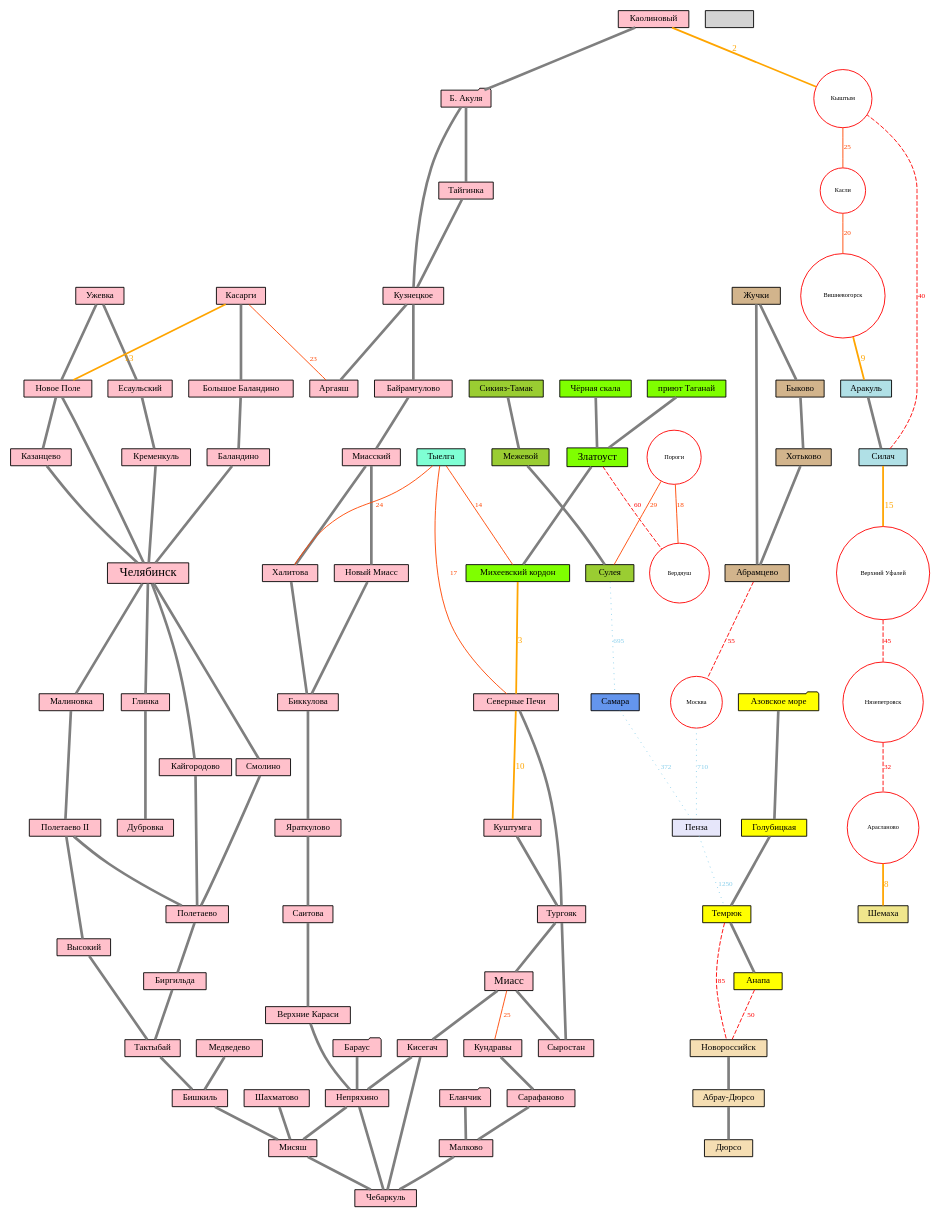
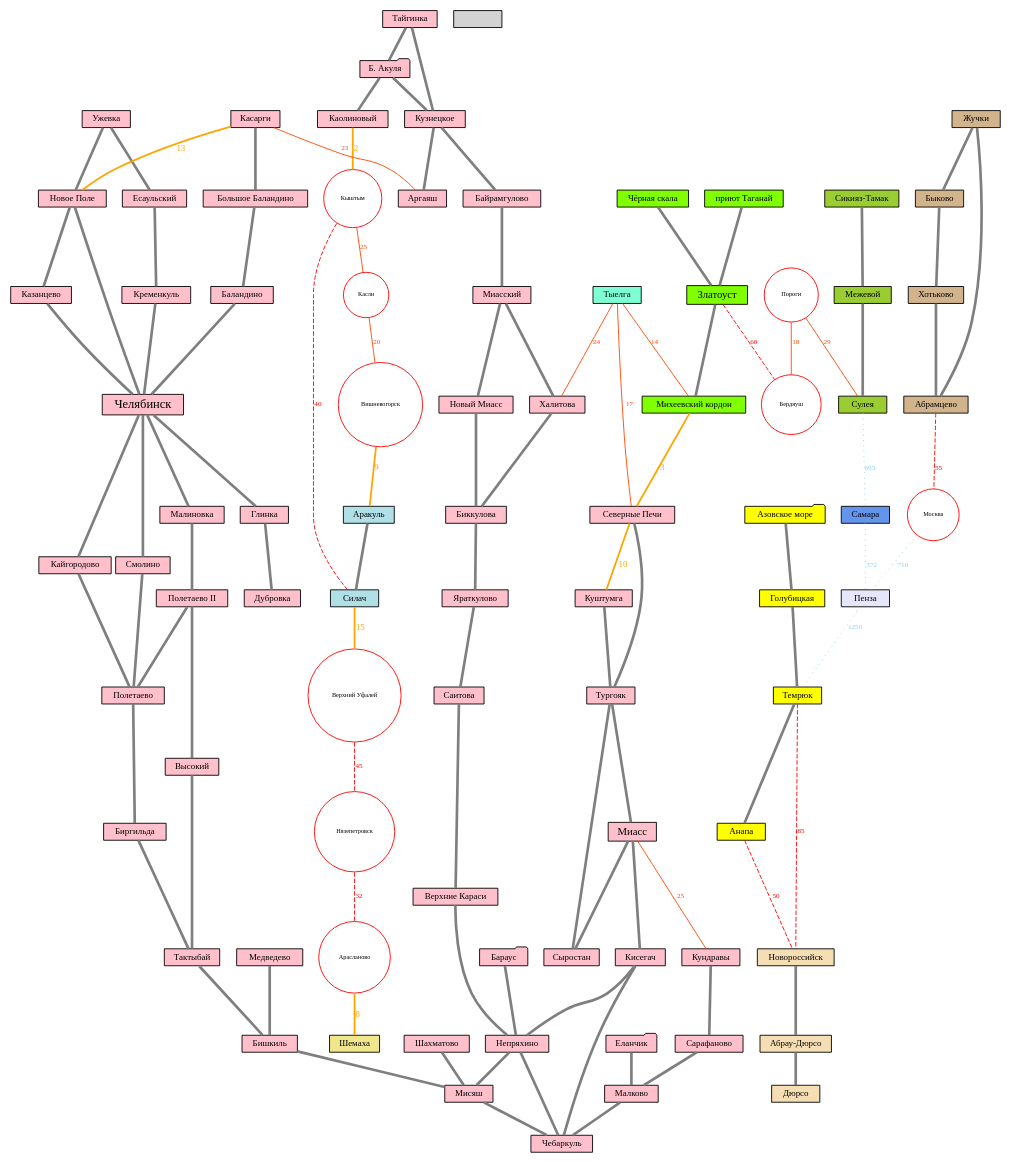
One commit to shoorick/bike-area changed the diagram in bike-area.dot. Above: the diagram before and after it, drawn with Graphviz. The commit also changed 2 other files, not shown here.

```diff
--- a/bike-area.dot
+++ b/bike-area.dot
@@ -1,153 +1,154 @@
 graph G {
     node [ shape=box, fontsize=10, fontname="Droid Sans", style=filled, height=0.2 ]
     edge [ color=gray50, penwidth=3, fontname="Droid Sans" ]
     graph [ overlap=false ]
 
     subgraph main {
         node [ fillcolor=pink ]
         Челябинск [ fontsize=14 ]
 
         "Б. Акуля" [ shape=folder ]
         "Бараус"   [ shape=folder ]
         "Еланчик"  [ shape=folder ]
 
         Миасс [ fontsize=12 ]
         Челябинск -- Смолино -- Полетаево -- Биргильда -- Тактыбай -- Бишкиль -- Мисяш -- Чебаркуль
         Миасс -- Кисегач -- Чебаркуль
         Кисегач -- Непряхино -- Мисяш
         Шахматово -- Мисяш
         Медведево -- Бишкиль
         Челябинск -- Малиновка -- "Полетаево II" -- Высокий -- Тактыбай
         "Полетаево II" -- Полетаево
-        Каолиновый -- "Б. Акуля" -- Кузнецкое -- Байрамгулово -- Миасский -- "Новый Миасс" -- Биккулова -- Яраткулово -- Саитова -- "Верхние Караси" -- Непряхино
+        "Б. Акуля" -- Кузнецкое -- Байрамгулово -- Миасский -- "Новый Миасс" -- Биккулова -- Яраткулово -- Саитова -- "Верхние Караси" -- Непряхино
         Кундравы -- Сарафаново -- Малково
         Бараус -- Непряхино -- Чебаркуль
         Миасский -- Халитова -- Биккулова
         Еланчик -- Малково -- Чебаркуль
-        "Б. Акуля" -- Тайгинка -- Кузнецкое -- Аргаяш
+        Тайгинка -- "Б. Акуля" -- Каолиновый
+        Тайгинка -- Кузнецкое -- Аргаяш
         Челябинск -- Кайгородово -- Полетаево
         Ужевка -- Есаульский -- Кременкуль -- Челябинск
         Касарги -- "Большое Баландино" -- Баландино -- Челябинск
         "Северные Печи" -- Тургояк -- Миасс -- Сыростан
         Куштумга -- Тургояк -- Сыростан
         Ужевка -- "Новое Поле" -- Казанцево -- Челябинск
         "Новое Поле" -- Челябинск
         Челябинск -- Глинка -- Дубровка
     }
 
     subgraph north {
         node [ fillcolor=powderblue ]
 
         Аракуль -- Силач
     }
 
     subgraph penza {
         node [ fillcolor=lavender ]
 
         Пенза
     }
 
     subgraph samara {
         node [ fillcolor=cornflowerblue ]
 
         Самара
     }
 
     subgraph shemakha {
         node [ fillcolor=khaki ]
 
         Шемаха
     }
 
     subgraph mount {
         node [ fillcolor=chartreuse ]
         Златоуст [ fontsize=12 ]
 
         //"Чёрная скала" [ shape=hexagon, height=0.2 ]
         "Чёрная скала" -- Златоуст -- "Михеевский кордон"
         "приют Таганай" -- Златоуст
     }
 
     subgraph ai {
         node [ fillcolor=yellowgreen ]
 
         "Сикияз-Тамак" -- Межевой -- Сулея
     }
 
     subgraph south1 {
         node [ fillcolor=yellow ]
         "Азовское море" [ shape=folder ]
         "Азовское море" -- Голубицкая -- Темрюк -- Анапа
     }
 
     subgraph south2 {
         node [ fillcolor=wheat ]
 
         Новороссийск -- "Абрау-Дюрсо" -- Дюрсо
     }
 
     subgraph tyelga {
         node [ fillcolor=aquamarine ]
 
         Тыелга
     }
 
     subgraph zhuchki {
         node [ fillcolor=tan ]
 
         Жучки -- Абрамцево
         Жучки -- Быково -- Хотьково -- Абрамцево
     }
 
     subgraph failed_cities {
         node [ shape="circle",fillcolor="white",color="red",fontsize=7, height=0.1 ]
         Кыштым Касли Пороги Бердяуш Вишневогорск
         Арасланово Нязепетровск "Верхний Уфалей"
         Москва
     }
 
     subgraph failed {
 
         // Ближние — можно пройти за час
         edge [ color=orange, fontcolor=orange, fontsize=10, penwidth=2 ]
         Каолиновый -- Кыштым [ label=2 ]
         "Михеевский кордон" -- "Северные Печи" [ label=3 ]
         Вишневогорск -- Аракуль  [ label=9 ]
         "Северные Печи" -- Куштумга [ label=10 ]
         Касарги -- "Новое Поле" [ label=13 ]
         Силач -- "Верхний Уфалей" [ label=15 ]
         Арасланово -- Шемаха [ label=8 ]
 
         // Ближние
         edge [ color=orangered, fontcolor=orangered, fontsize=8, penwidth=1 ]
         Пороги -- Бердяуш [ label=18 ]
         Миасс -- Кундравы [ label=25 ]
         Касарги -- Аргаяш [ label=23 ]
         Пороги -- Сулея  [ label=29 ]
         Кыштым -- Касли  [ label=25 ]
         Касли -- Вишневогорск [ label=20]
         Тыелга -- "Михеевский кордон" [ label=14 ]
         Тыелга -- "Северные Печи" [ label=17 ]
         Тыелга -- Халитова [ label=24 ]
 
         // Средние — можно пройти за день
         edge [ color=red, fontcolor=red, style="dashed" ]
         Силач -- Кыштым  [ label=40 ]
         Анапа -- Новороссийск [ label=50 ]
         Златоуст -- Бердяуш [ label=60 ]
         Нязепетровск -- Арасланово [ label=32 ]
         "Верхний Уфалей" -- Нязепетровск [ label=45 ]
         Абрамцево -- Москва [ label=55 ]
         Темрюк -- Новороссийск [ label=85 ]
 
         // Дальние
         edge [ color=plum, fontcolor=plum, style="dotted" ]
 
         // Совсем дальние — нереально проехать
         edge [ color=skyblue, fontcolor=skyblue ]
         Самара -- Пенза [ label=372 ]
         Москва -- Пенза [ label=710 ]
         Сулея -- Самара [ label=695 ]
         Пенза -- Темрюк [ label=1250 ]
     }
 }
```
